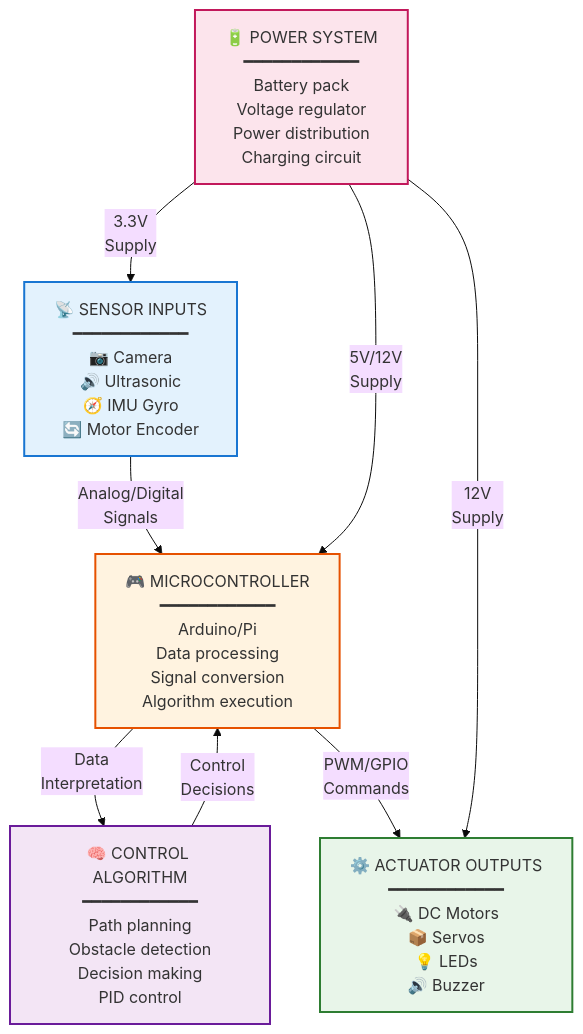
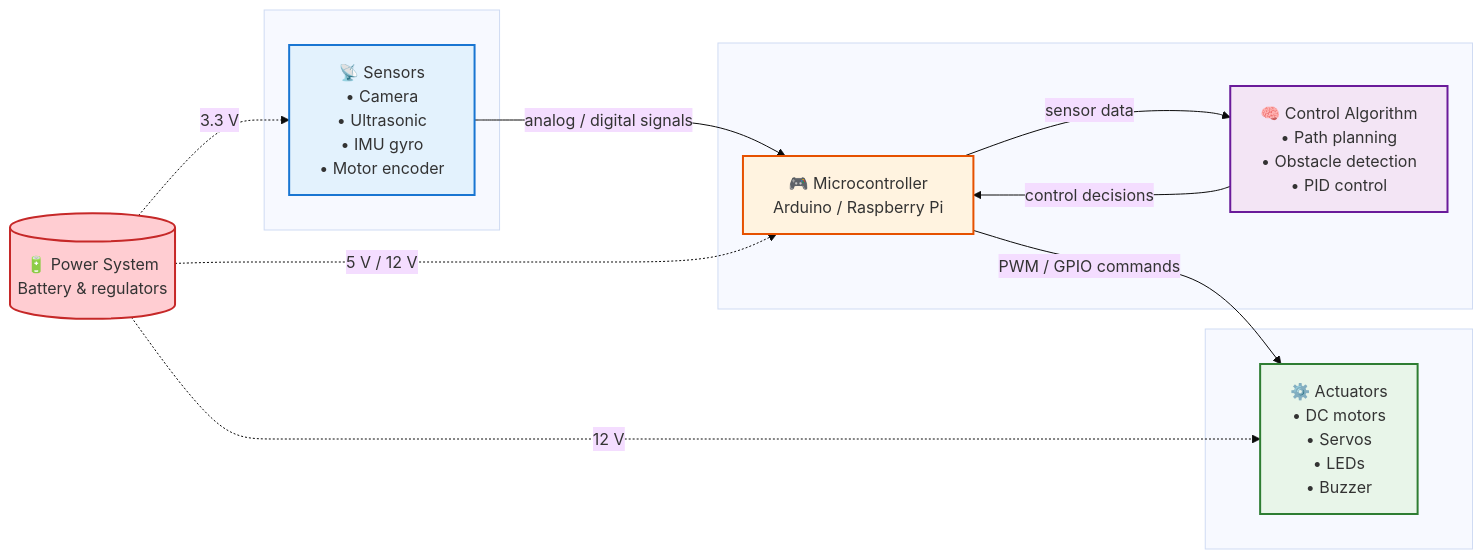
The diagram in diagrams/source-code/system-architecture/robot-block-diagram.mmd (4BZDOG/HSC_SoftwareEngineering), drawn with Mermaid (base theme) before and after one commit. The commit also changed 14 other files, not shown here.

First line of the commit message:
refactor(diagrams): unify course diagrams with shared design system

```diff
--- a/diagrams/source-code/system-architecture/robot-block-diagram.mmd
+++ b/diagrams/source-code/system-architecture/robot-block-diagram.mmd
@@ -1,25 +1,38 @@
-graph TB
-    Sensors["📡 SENSOR INPUTS<br/>━━━━━━━━━━━━<br/>📷 Camera<br/>🔊 Ultrasonic<br/>🧭 IMU Gyro<br/>🔄 Motor Encoder"]
+%% Mechatronic System Block Diagram — sense → process → decide → act
+%% Syllabus: SE-11-12
+graph LR
+    subgraph INPUT[" "]
+        Sensors["📡 Sensors<br/>• Camera<br/>• Ultrasonic<br/>• IMU gyro<br/>• Motor encoder"]
+    end
 
-    MCU["🎮 MICROCONTROLLER<br/>━━━━━━━━━━━━<br/>Arduino/Pi<br/>Data processing<br/>Signal conversion<br/>Algorithm execution"]
+    subgraph BRAIN[" "]
+        MCU["🎮 Microcontroller<br/>Arduino / Raspberry Pi"]
+        Logic["🧠 Control Algorithm<br/>• Path planning<br/>• Obstacle detection<br/>• PID control"]
+    end
 
-    Logic["🧠 CONTROL ALGORITHM<br/>━━━━━━━━━━━━<br/>Path planning<br/>Obstacle detection<br/>Decision making<br/>PID control"]
+    subgraph OUTPUT[" "]
+        Actuators["⚙️ Actuators<br/>• DC motors<br/>• Servos<br/>• LEDs<br/>• Buzzer"]
+    end
 
-    Actuators["⚙️ ACTUATOR OUTPUTS<br/>━━━━━━━━━━━━<br/>🔌 DC Motors<br/>📦 Servos<br/>💡 LEDs<br/>🔊 Buzzer"]
+    Power[("🔋 Power System<br/>Battery &amp; regulators")]
 
-    Power["🔋 POWER SYSTEM<br/>━━━━━━━━━━━━<br/>Battery pack<br/>Voltage regulator<br/>Power distribution<br/>Charging circuit"]
+    Sensors -- "analog / digital signals" --> MCU
+    MCU -- "sensor data" --> Logic
+    Logic -- "control decisions" --> MCU
+    MCU -- "PWM / GPIO commands" --> Actuators
 
-    Sensors -->|"Analog/Digital<br/>Signals"| MCU
-    MCU -->|"Data<br/>Interpretation"| Logic
-    Logic -->|"Control<br/>Decisions"| MCU
-    MCU -->|"PWM/GPIO<br/>Commands"| Actuators
+    Power -. "3.3 V" .-> Sensors
+    Power -. "5 V / 12 V" .-> MCU
+    Power -. "12 V" .-> Actuators
 
-    Power -->|"5V/12V<br/>Supply"| MCU
-    Power -->|"3.3V<br/>Supply"| Sensors
-    Power -->|"12V<br/>Supply"| Actuators
+    classDef input   fill:#e3f2fd,stroke:#1976D2,stroke-width:2px
+    classDef control fill:#fff3e0,stroke:#E65100,stroke-width:2px
+    classDef logic   fill:#f3e5f5,stroke:#6A1B9A,stroke-width:2px
+    classDef output  fill:#e8f5e9,stroke:#2E7D32,stroke-width:2px
+    classDef power   fill:#ffcdd2,stroke:#C62828,stroke-width:2px
 
-    style Sensors fill:#E3F2FD,stroke:#1976D2,stroke-width:2px
-    style MCU fill:#FFF3E0,stroke:#E65100,stroke-width:2px
-    style Logic fill:#F3E5F5,stroke:#6A1B9A,stroke-width:2px
-    style Actuators fill:#E8F5E9,stroke:#2E7D32,stroke-width:2px
-    style Power fill:#FCE4EC,stroke:#C2185B,stroke-width:2px
+    class Sensors input
+    class MCU control
+    class Logic logic
+    class Actuators output
+    class Power power
```
